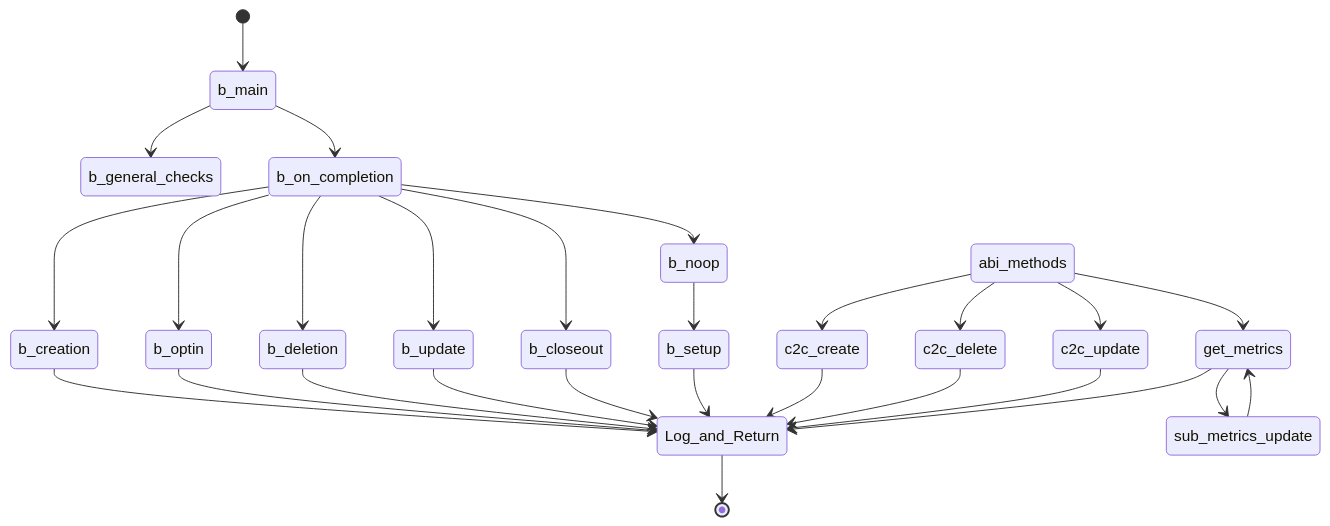
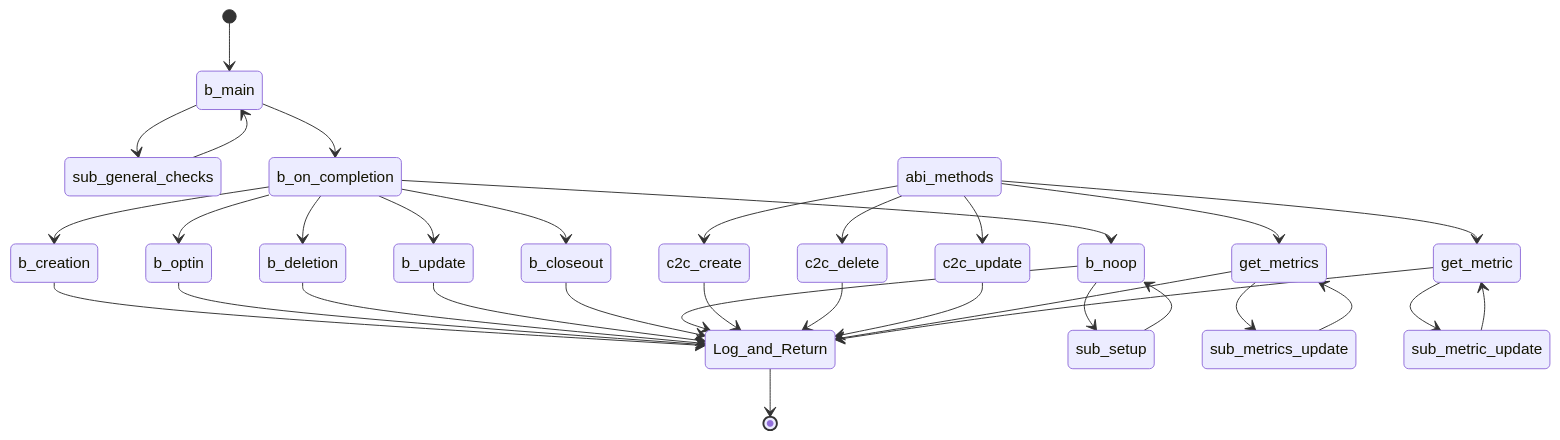
The fourth of 7 diagrams in README.md (Sun-C0ffee/algopoap-smartcontracts), drawn with Mermaid before and after one commit. The commit also changed other lines of this file and 2 other files, not shown here.

````diff
--- a/README.md
+++ b/README.md
@@ -103,36 +103,43 @@
 ```mermaid
   stateDiagram-v2
     [*] --> b_main
-    b_main --> b_general_checks
+    b_main --> sub_general_checks
+    sub_general_checks --> b_main
     b_main --> b_on_completion
     b_on_completion --> b_creation
     b_creation --> Log_and_Return
     b_on_completion --> b_optin
     b_optin --> Log_and_Return
     b_on_completion --> b_deletion
     b_deletion --> Log_and_Return
     b_on_completion --> b_update
     b_update --> Log_and_Return
     b_on_completion --> b_closeout
     b_closeout --> Log_and_Return
 
     b_on_completion --> b_noop
-    b_noop --> b_setup
-    b_setup --> Log_and_Return
+    b_noop --> sub_setup
+    sub_setup --> b_noop
+    b_noop --> Log_and_Return
 
     abi_methods --> c2c_create
     c2c_create --> Log_and_Return
     abi_methods --> c2c_delete
     c2c_delete --> Log_and_Return
     abi_methods --> c2c_update
     c2c_update --> Log_and_Return
 
    
     abi_methods --> get_metrics
     get_metrics --> sub_metrics_update
     sub_metrics_update --> get_metrics
     get_metrics --> Log_and_Return
 
+    abi_methods --> get_metric
+    get_metric --> sub_metric_update
+    sub_metric_update --> get_metric
+    get_metric --> Log_and_Return
+
     Log_and_Return --> [*]
     
 ```
````
